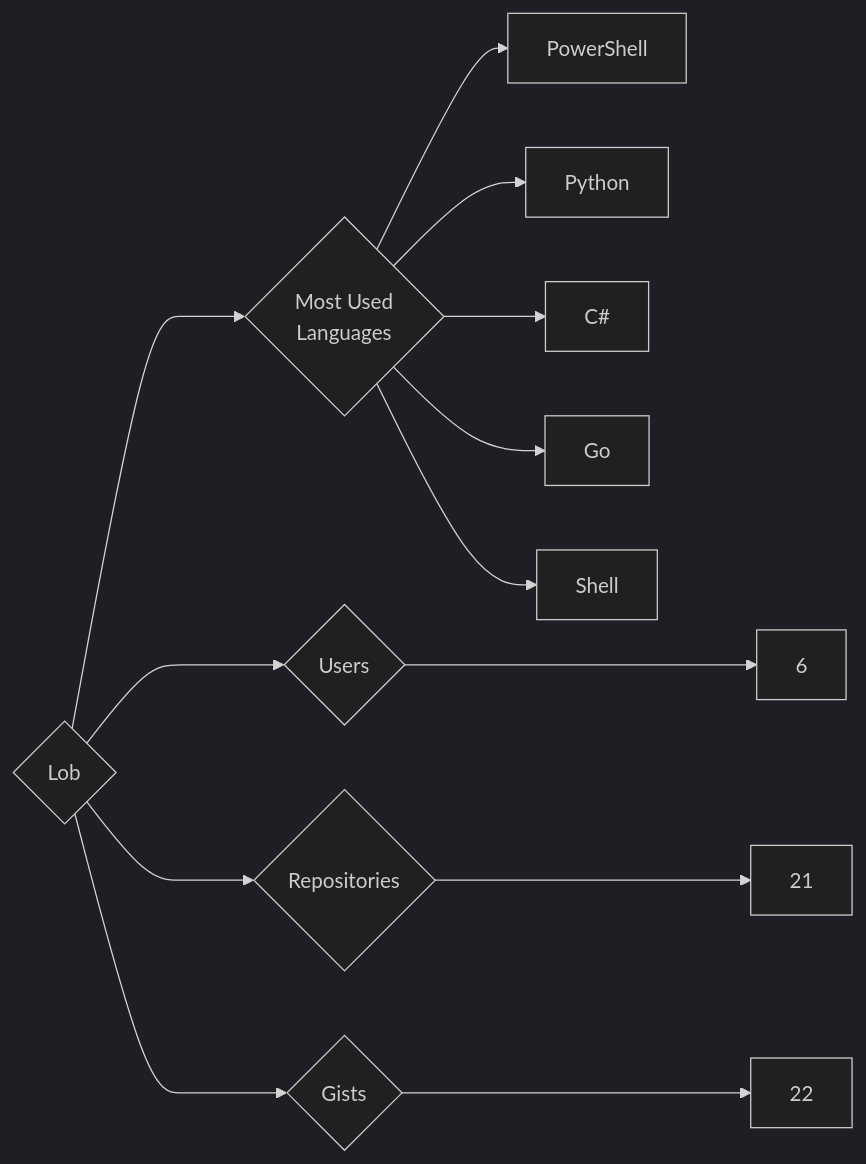
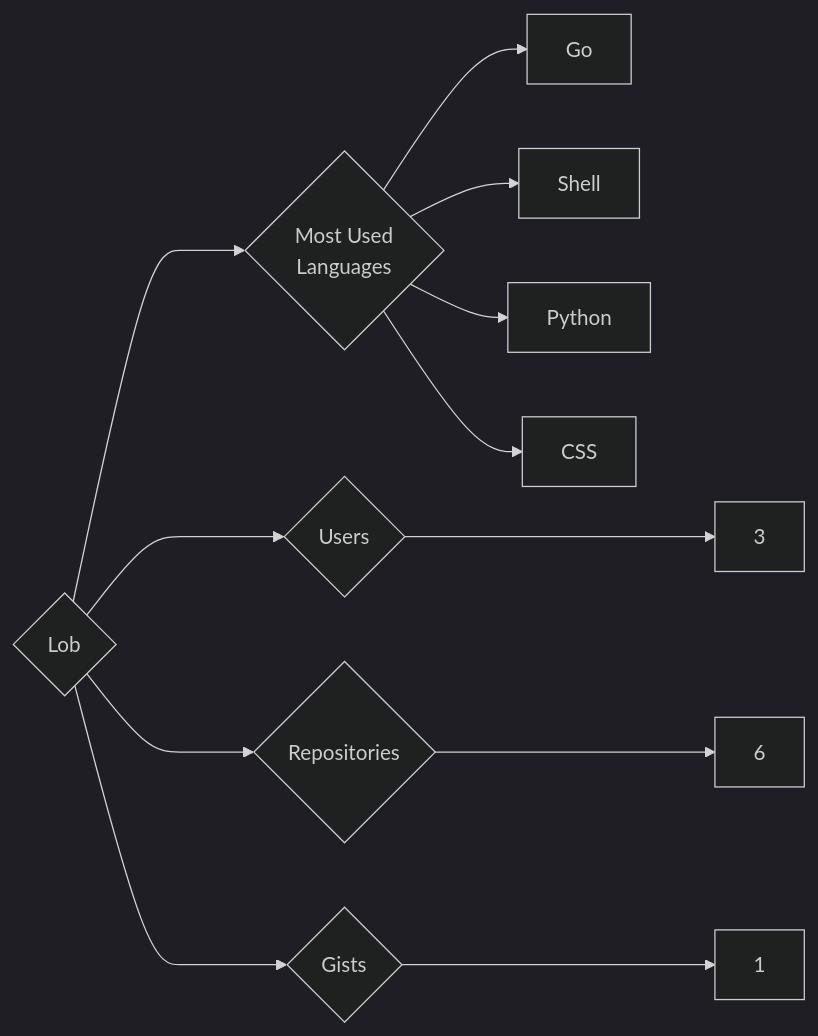
Before and after one commit to trickest/insiders: the diagram in targets/Lob/README.md, drawn with Mermaid (dark theme). The commit also changed 1389 other files, not shown here.

````diff
--- a/targets/Lob/README.md
+++ b/targets/Lob/README.md
@@ -3,13 +3,12 @@
 ```mermaid
 graph LR
 COMPANY_NAME{Lob}
-COMPANY_NAME ---> U{Users} ---> UN[6]
-COMPANY_NAME ---> R{Repositories} ---> RN[21]
-COMPANY_NAME ---> G{Gists} ---> GN[22]
+COMPANY_NAME ---> U{Users} ---> UN[3]
+COMPANY_NAME ---> R{Repositories} ---> RN[6]
+COMPANY_NAME ---> G{Gists} ---> GN[1]
 COMPANY_NAME ---> ML{Most Used<br>Languages}
-ML --> PowerShell[PowerShell]
-ML --> Python[Python]
-ML --> C#[C#]
 ML --> Go[Go]
 ML --> Shell[Shell]
+ML --> Python[Python]
+ML --> CSS[CSS]
 ```
````
